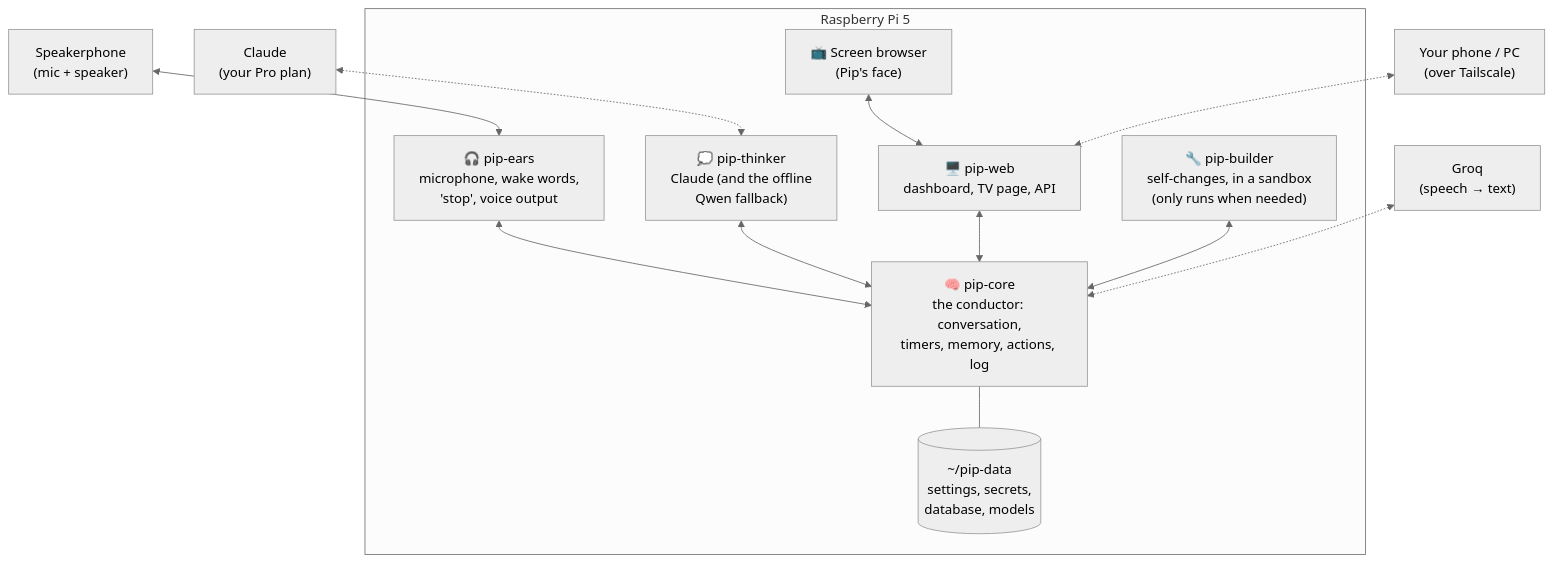
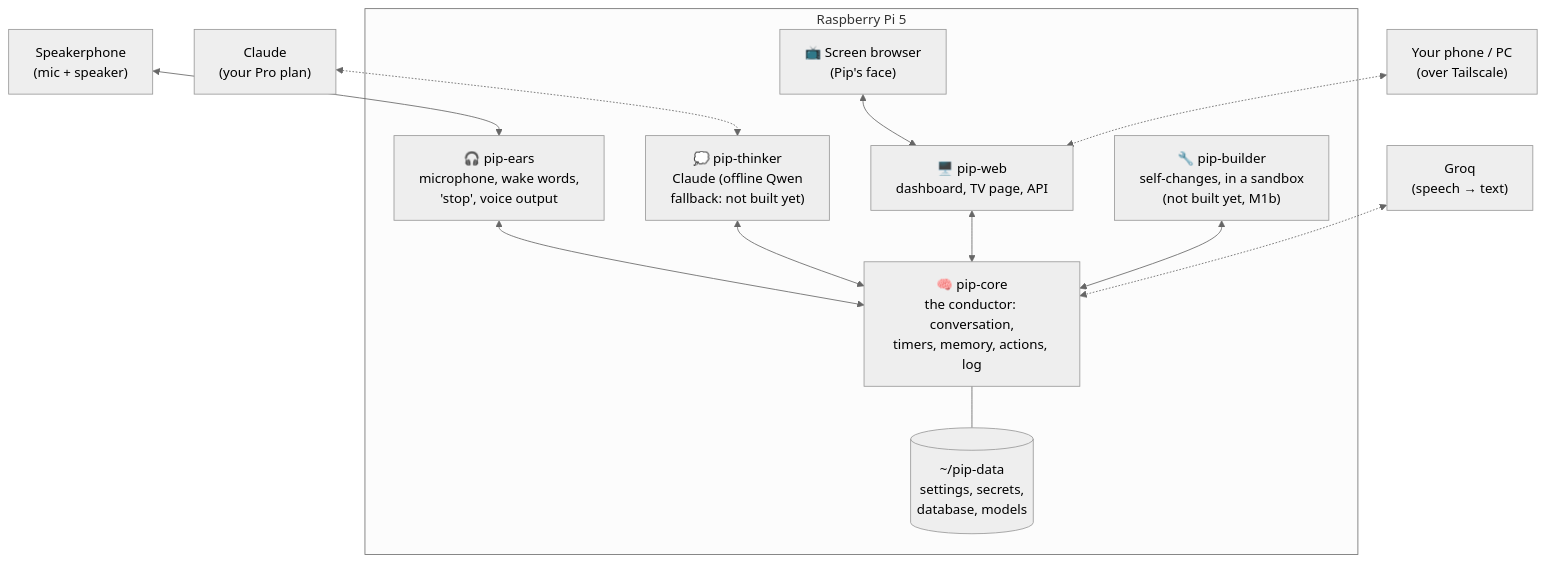
The first of 4 diagrams in docs/ARCHITECTURE.md (LandenHeine17/pip), drawn with Mermaid (neutral theme) before and after one commit. The commit also changed other lines of this file and 59 other files, not shown here.

````diff
--- a/docs/ARCHITECTURE.md
+++ b/docs/ARCHITECTURE.md
@@ -24,22 +24,22 @@
 ```mermaid
 flowchart TB
     subgraph Pi["Raspberry Pi 5"]
         EARS["🎧 pip-ears<br/>microphone, wake words,<br/>'stop', voice output"]
         CORE["🧠 pip-core<br/>the conductor: conversation,<br/>timers, memory, actions, log"]
-        THINK["💭 pip-thinker<br/>Claude (and the offline<br/>Qwen fallback)"]
+        THINK["💭 pip-thinker<br/>Claude (offline Qwen<br/>fallback: not built yet)"]
         WEB["🖥️ pip-web<br/>dashboard, TV page, API"]
-        BUILD["🔧 pip-builder<br/>self-changes, in a sandbox<br/>(only runs when needed)"]
+        BUILD["🔧 pip-builder<br/>self-changes, in a sandbox<br/>(not built yet, M1b)"]
         KIOSK["📺 Screen browser<br/>(Pip's face)"]
         DATA[("~/pip-data<br/>settings, secrets,<br/>database, models")]
     end
     MIC["Speakerphone<br/>(mic + speaker)"] <--> EARS
     EARS <--> CORE
     THINK <--> CORE
     WEB <--> CORE
     BUILD <--> CORE
     KIOSK <--> WEB
     CORE --- DATA
     GROQ["Groq<br/>(speech → text)"] <-.-> CORE
     CLAUDE["Claude<br/>(your Pro plan)"] <-.-> THINK
     PHONE["Your phone / PC<br/>(over Tailscale)"] <-.-> WEB
 ```
````
